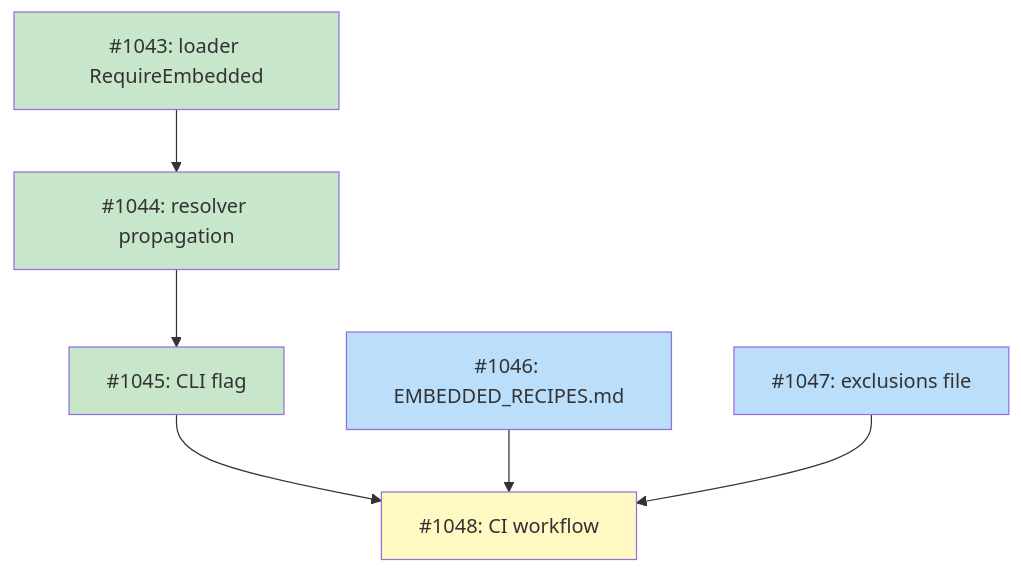
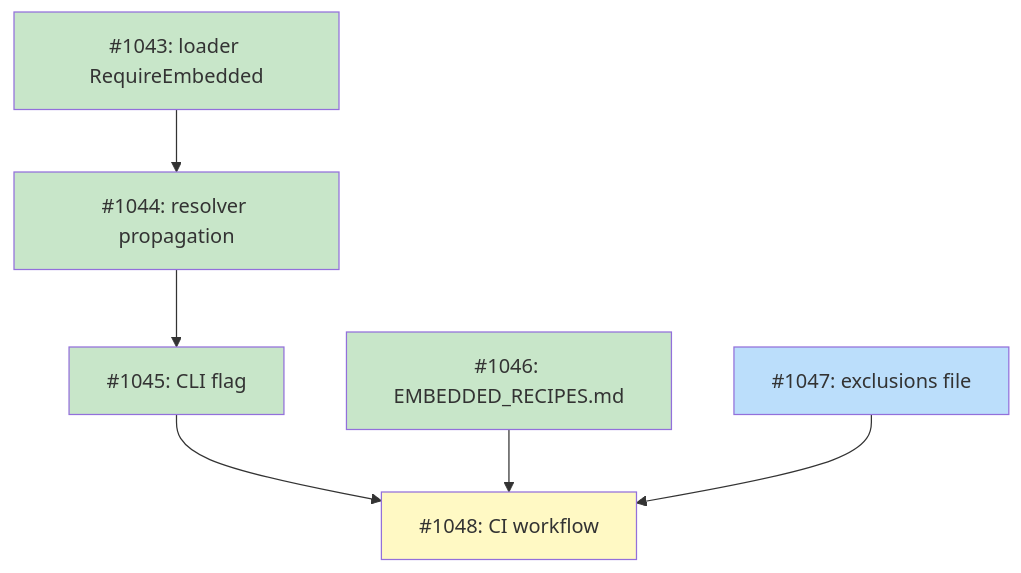
One commit to tsukumogami/tsuku changed the diagram in docs/designs/DESIGN-embedded-recipe-list.md. Above: the diagram before and after it, drawn with Mermaid. The commit also changed 1 other file, not shown here.

Commit message:
docs: create EMBEDDED_RECIPES.md with initial embedded recipe list (#1062)
Document recipes that must remain embedded because they are action
dependencies.
The list is organized into three categories:

- **Toolchain recipes**: go, rust, nodejs, python-standalone, ruby, perl
- **Build tool recipes**: make, cmake, meson, ninja, zig, pkg-config,
patchelf
- **Library recipes**: libyaml, openssl, zlib (transitive dependencies)

Includes notes on CI validation with `--require-embedded` flag,
exclusions
tracking, and instructions for adding new embedded recipes.

````diff
--- a/docs/designs/DESIGN-embedded-recipe-list.md
+++ b/docs/designs/DESIGN-embedded-recipe-list.md
@@ -25,23 +25,23 @@
 ```mermaid
 graph TD
     1043["#1043: loader RequireEmbedded"]
     1044["#1044: resolver propagation"]
     1045["#1045: CLI flag"]
     1046["#1046: EMBEDDED_RECIPES.md"]
     1047["#1047: exclusions file"]
     1048["#1048: CI workflow"]
 
     1043 --> 1044
     1044 --> 1045
     1045 --> 1048
     1046 --> 1048
     1047 --> 1048
 
     classDef done fill:#c8e6c9
     classDef ready fill:#bbdefb
     classDef blocked fill:#fff9c4
 
-    class 1043,1044,1045 done
-    class 1046,1047 ready
+    class 1043,1044,1045,1046 done
+    class 1047 ready
     class 1048 blocked
 ```
````
